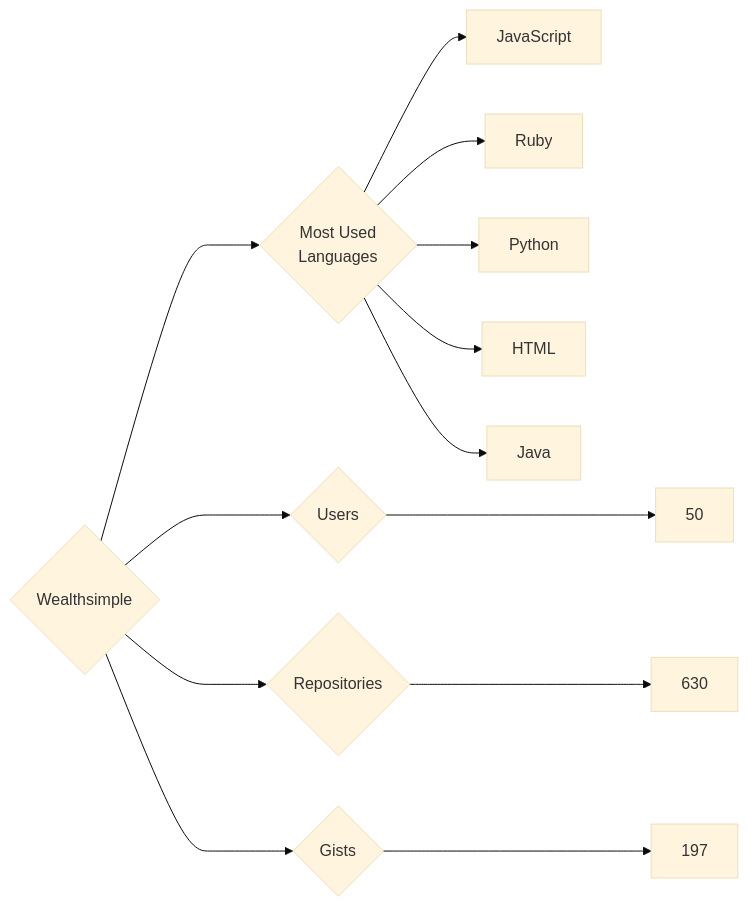
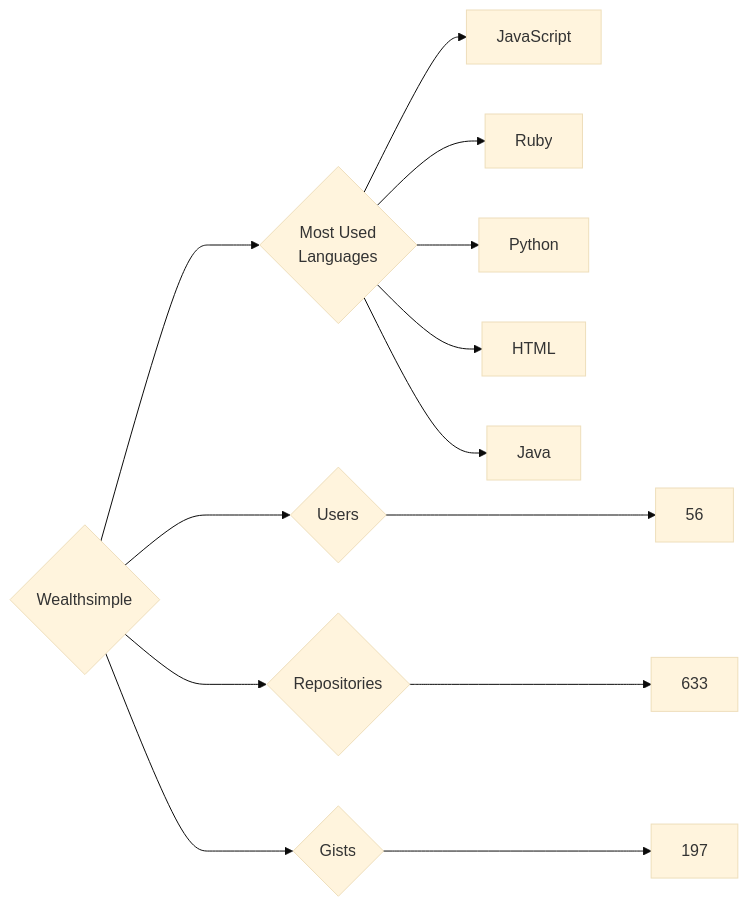
The diagram in targets/Wealthsimple/README.md (trickest/insiders), drawn with Mermaid (base theme) before and after one commit. The commit also changed 725 other files, not shown here.

````diff
--- a/targets/Wealthsimple/README.md
+++ b/targets/Wealthsimple/README.md
@@ -3,13 +3,13 @@
 ```mermaid
 graph LR
 COMPANY_NAME{Wealthsimple}
-COMPANY_NAME ---> U{Users} ---> UN[50]
-COMPANY_NAME ---> R{Repositories} ---> RN[630]
+COMPANY_NAME ---> U{Users} ---> UN[56]
+COMPANY_NAME ---> R{Repositories} ---> RN[633]
 COMPANY_NAME ---> G{Gists} ---> GN[197]
 COMPANY_NAME ---> ML{Most Used<br>Languages}
 ML --> JavaScript[JavaScript]
 ML --> Ruby[Ruby]
 ML --> Python[Python]
 ML --> HTML[HTML]
 ML --> Java[Java]
 ```
````
